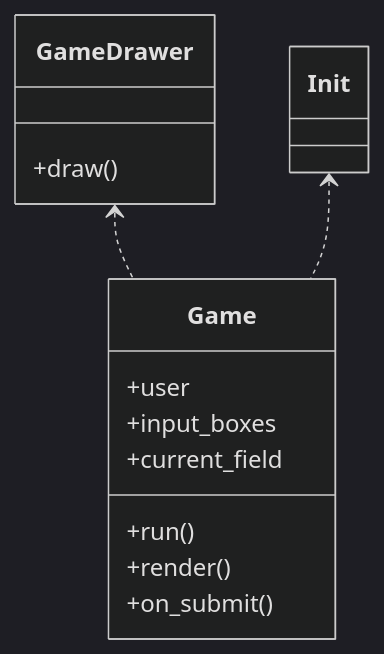
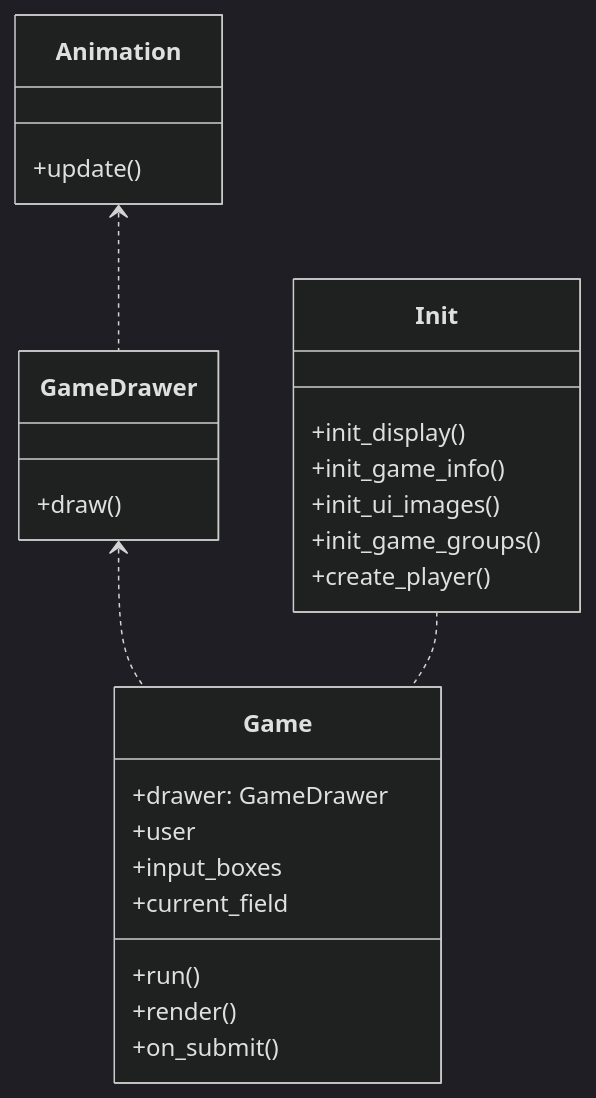
One commit to Tapir79/ot-harjoitustyo changed the seventh of 20 diagrams in dokumentaatio/arkkitehtuuri.md. Above: the diagram before and after it, drawn with Mermaid (dark theme). The commit also changed other lines of this file and 2 other files, not shown here.

Commit message:
Update architecture

````diff
--- a/dokumentaatio/arkkitehtuuri.md
+++ b/dokumentaatio/arkkitehtuuri.md
@@ -119,22 +122,33 @@
 ```mermaid
 classDiagram
+
+class Animation {
+    +update()
+}
 
 class GameDrawer {
     +draw()
 }
 
-class Init
+class Init {
+    +init_display()
+    +init_game_info()
+    +init_ui_images()
+    +init_game_groups()
+    +create_player()
+}
 
 class Game {
+        +drawer: GameDrawer
         +user
         +input_boxes
         +current_field
         +run()
         +render()
         +on_submit()
     }
-
+Animation <.. GameDrawer
 GameDrawer <.. Game
-Init <.. Game
+Init .. Game
 
 ```
````
